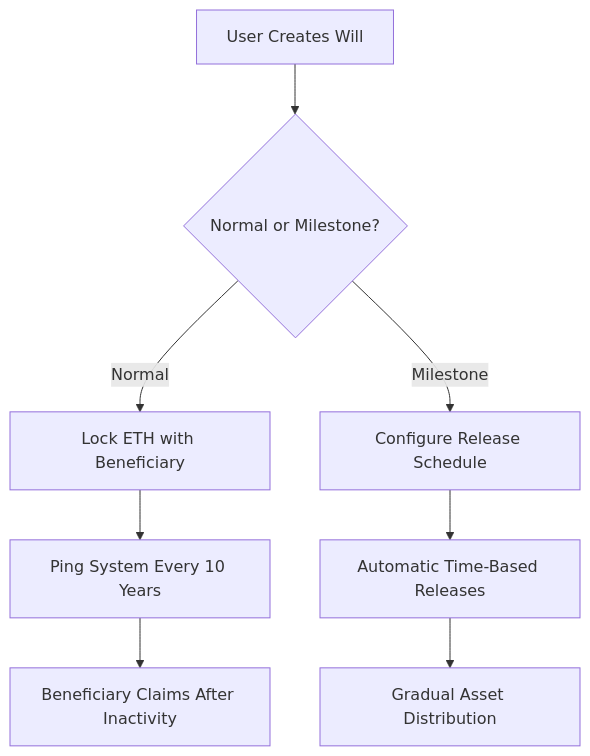
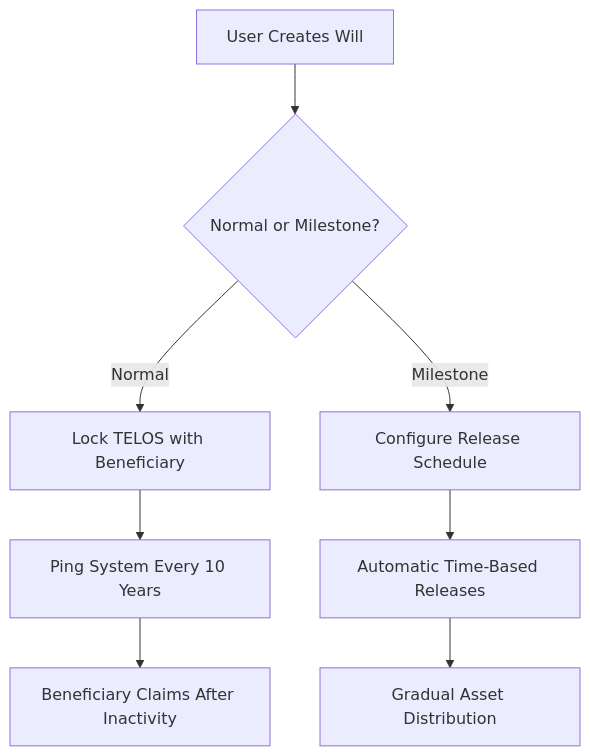
The diagram in README.md (manovHacksaw/Inherify), drawn with Mermaid before and after one commit.

````diff
--- a/README.md
+++ b/README.md
@@ -29,10 +29,10 @@
 ```mermaid
 graph TD
     A[User Creates Will] --> B{Normal or Milestone?}
-    B -->|Normal| C[Lock ETH with Beneficiary]
+    B -->|Normal| C[Lock TELOS with Beneficiary]
     B -->|Milestone| D[Configure Release Schedule]
     C --> E[Ping System Every 10 Years]
     D --> F[Automatic Time-Based Releases]
     E --> G[Beneficiary Claims After Inactivity]
     F --> H[Gradual Asset Distribution]
 ```
````
